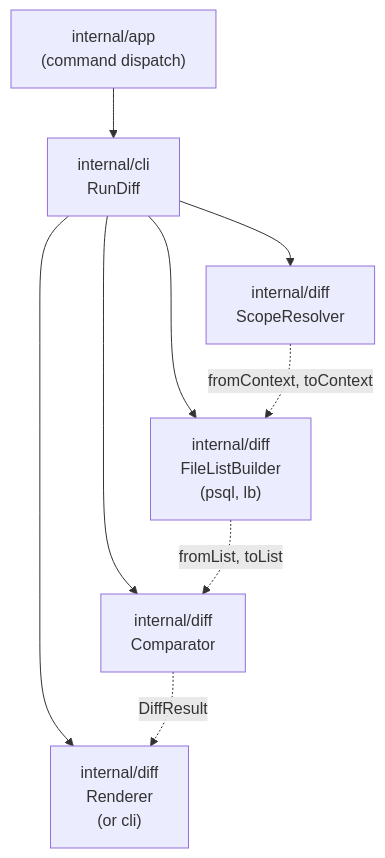
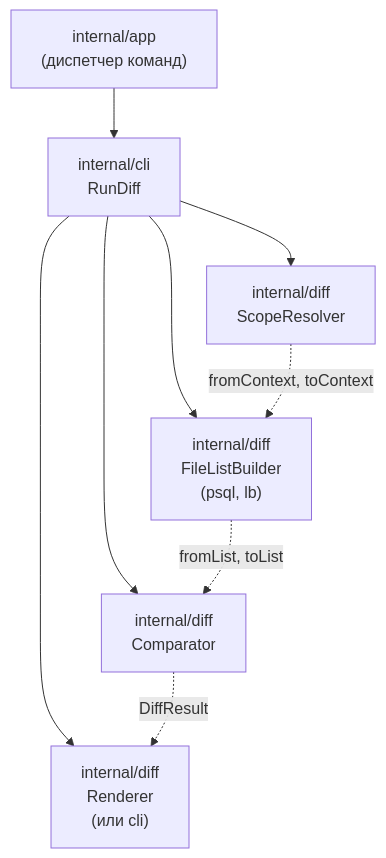
The diagram in docs/architecture/diff-component-structure.md (kimak-irmagi/taidon), drawn with Mermaid before and after one commit.

Commit message:
мермаид в английской версии

````diff
--- a/docs/architecture/diff-component-structure.md
+++ b/docs/architecture/diff-component-structure.md
@@ -103,18 +103,18 @@
 ```mermaid
 flowchart TB
-  APP["internal/app\n(command dispatch)"]
-  RUN_DIFF["internal/cli\nRunDiff"]
-  RESOLVER["internal/diff\nScopeResolver"]
-  BUILDER["internal/diff\nFileListBuilder\n(psql, lb)"]
-  COMPARE["internal/diff\nComparator"]
-  RENDER["internal/diff\nRenderer\n(or cli)"]
+  APP["internal/app <br/> (диспетчер команд)"]
+  RUN_DIFF["internal/cli <br/> RunDiff"]
+  RESOLVER["internal/diff <br/> ScopeResolver"]
+  BUILDER["internal/diff <br/> FileListBuilder<br/>(psql, lb)"]
+  COMPARE["internal/diff <br/> Comparator"]
+  RENDER["internal/diff <br/> Renderer<br/>(или cli)"]
 
   APP --> RUN_DIFF
   RUN_DIFF --> RESOLVER
   RUN_DIFF --> BUILDER
   RUN_DIFF --> COMPARE
   RUN_DIFF --> RENDER
-  RESOLVER -.->|"fromContext, toContext"| BUILDER
-  BUILDER -.->|"fromList, toList"| COMPARE
-  COMPARE -.->|"DiffResult"| RENDER
+  RESOLVER -.->|fromContext, toContext| BUILDER
+  BUILDER -.->|fromList, toList| COMPARE
+  COMPARE -.->|DiffResult| RENDER
 ```
````
